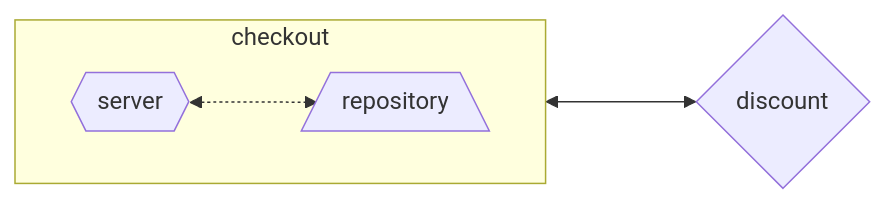
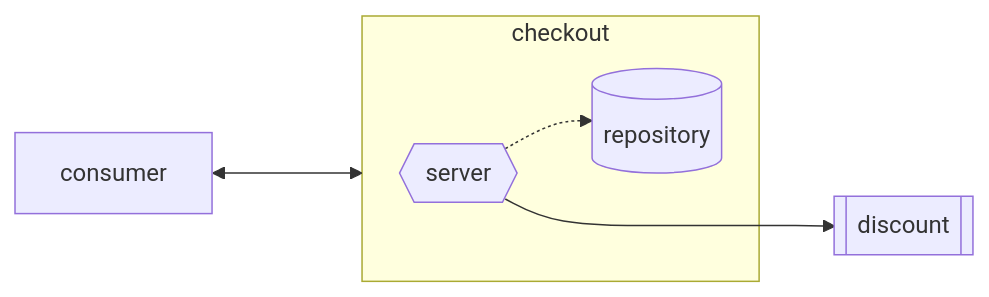
The first of 2 diagrams in README.md (lucafmarques/hash-tech-challenge), drawn with Mermaid before and after one commit. The commit also changed other lines of this file and 4 other files, not shown here.

````diff
--- a/README.md
+++ b/README.md
@@ -14,9 +14,9 @@
 ```mermaid
 flowchart LR
+    D[consumer] <---> checkout 
     subgraph checkout
-        direction LR
-        server{{server}} <-.-> repository[/repository\]
+        A{{server}} -.-> B[(repository)]
     end
     
-    server <---> discount{discount}
+    A ---> C[[discount]]
 ```
````
